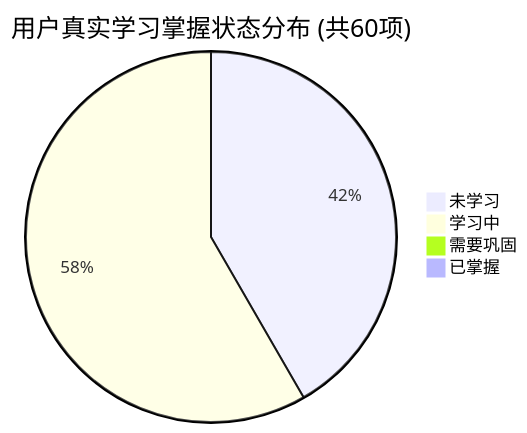
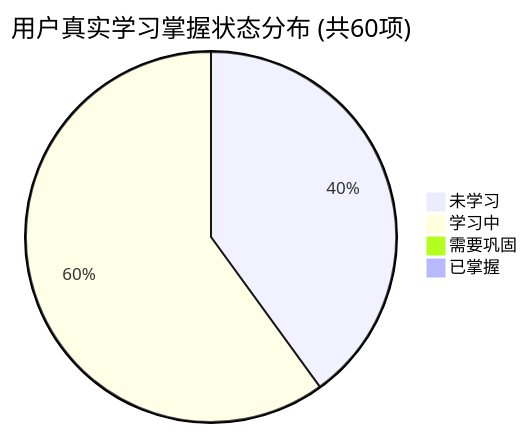
The first of 2 diagrams in PROGRESS.md (tieke1121/tech-interview-knowledge-base), drawn with Mermaid before and after one commit. The commit also changed other lines of this file and 1 other file, not shown here.

````diff
--- a/PROGRESS.md
+++ b/PROGRESS.md
@@ -27,7 +27,7 @@
 ```mermaid
 pie title 用户真实学习掌握状态分布 (共60项)
-    "未学习" : 25
-    "学习中" : 35
+    "未学习" : 24
+    "学习中" : 36
     "需要巩固" : 0
     "已掌握" : 0
 ```
````
